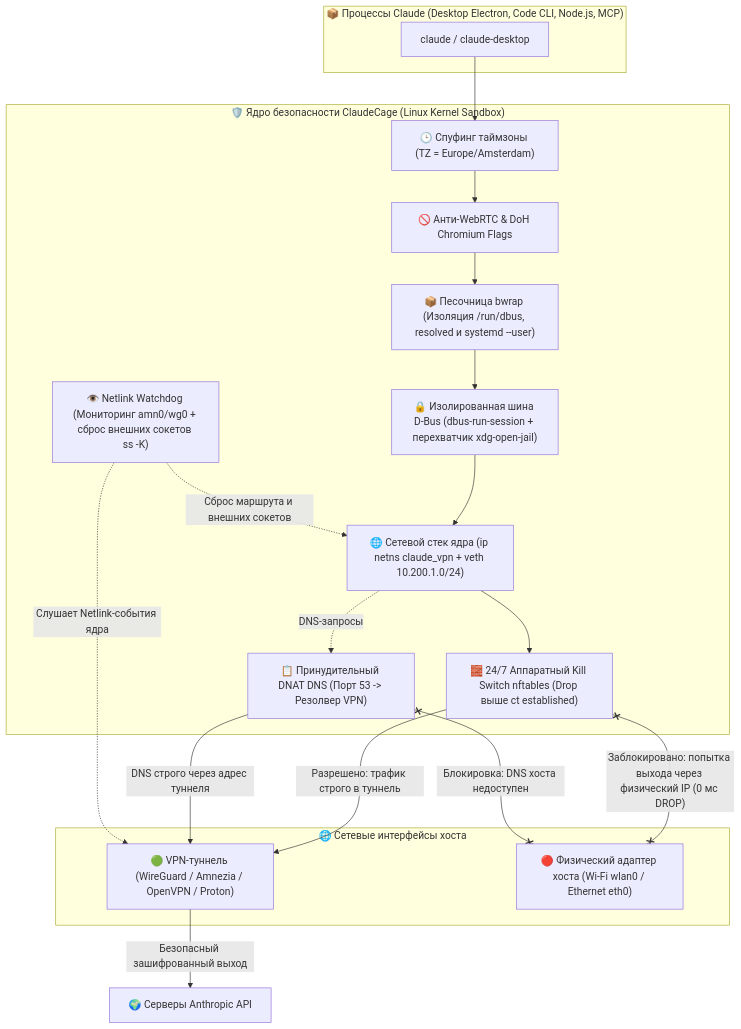
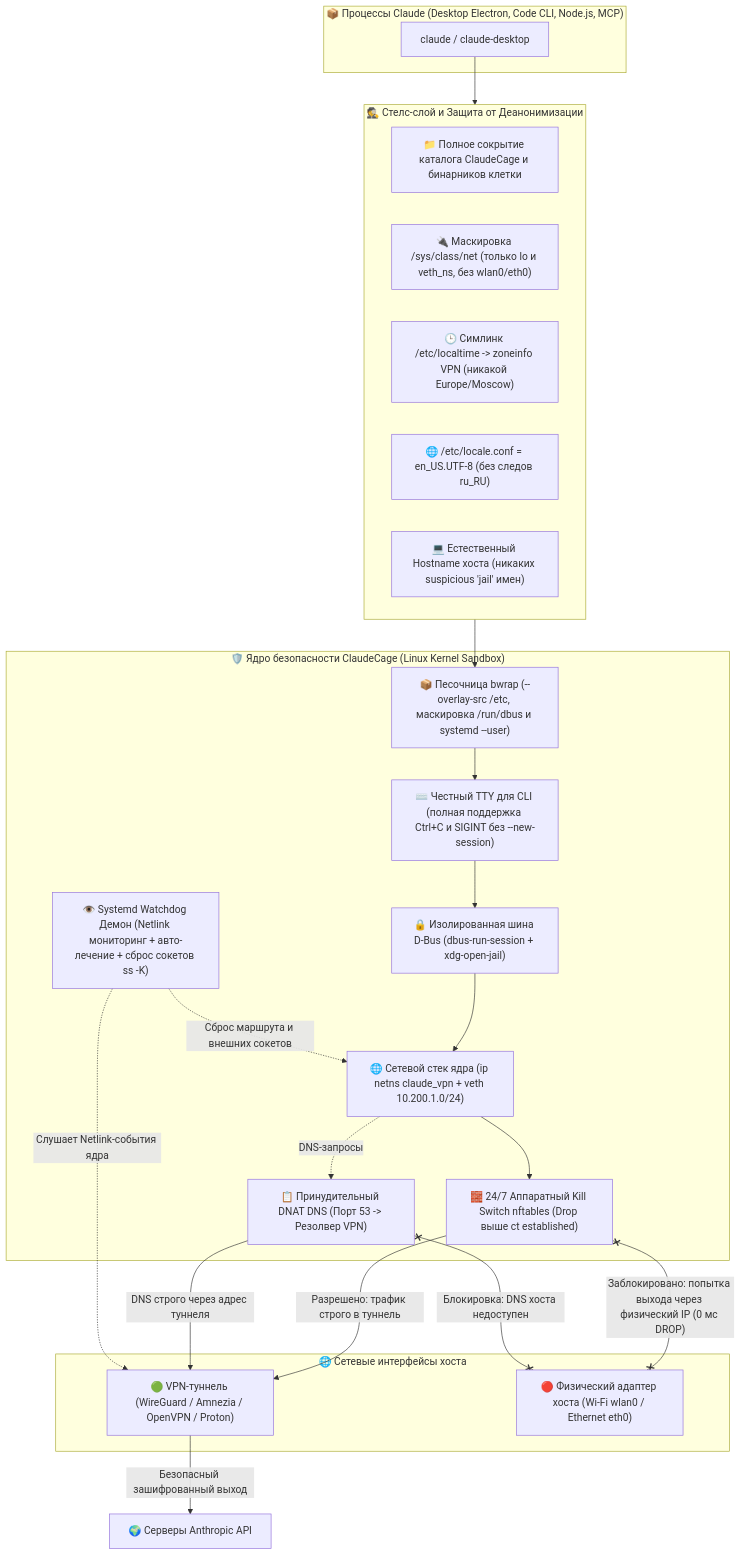
The diagram in README.md (NikitaLozinsky/ClaudeCage_Linux), drawn with Mermaid before and after one commit. The commit also changed other lines of this file and 14 other files, not shown here.

First line of the commit message:
feat(stealth): implement v3.0 cage concealment, anti-fraud geo spoofing, and systemd watchdog

````diff
--- a/README.md
+++ b/README.md
@@ -17,35 +17,42 @@
 ```mermaid
 flowchart TD
     subgraph App["📦 Процессы Claude (Desktop Electron, Code CLI, Node.js, MCP)"]
         CL["claude / claude-desktop"]
     end
 
+    subgraph Stealth["🕵️ Стелс-слой и Защита от Деанонимизации"]
+        HIDE["📁 Полное сокрытие каталога ClaudeCage и бинарников клетки"]
+        NET_HIDE["🔌 Маскировка /sys/class/net (только lo и veth_ns, без wlan0/eth0)"]
+        TZ_SPOOF["🕒 Симлинк /etc/localtime -> zoneinfo VPN (никакой Europe/Moscow)"]
+        LOC_SPOOF["🌐 /etc/locale.conf = en_US.UTF-8 (без следов ru_RU)"]
+        HOST_KEEP["💻 Естественный Hostname хоста (никаких suspicious 'jail' имен)"]
+    end
+
     subgraph Defense["🛡️ Ядро безопасности ClaudeCage (Linux Kernel Sandbox)"]
-        TZ["🕒 Спуфинг таймзоны (TZ = Europe/Amsterdam)"]
-        RTC["🚫 Анти-WebRTC & DoH Chromium Flags"]
-        BWRAP["📦 Песочница bwrap (Изоляция /run/dbus, resolved и systemd --user)"]
-        DBUS["🔒 Изолированная шина D-Bus (dbus-run-session + перехватчик xdg-open-jail)"]
+        BWRAP["📦 Песочница bwrap (--overlay-src /etc, маскировка /run/dbus и systemd --user)"]
+        TTY_FIX["⌨️ Честный TTY для CLI (полная поддержка Ctrl+C и SIGINT без --new-session)"]
+        DBUS["🔒 Изолированная шина D-Bus (dbus-run-session + xdg-open-jail)"]
         NETNS["🌐 Сетевой стек ядра (ip netns claude_vpn + veth 10.200.1.0/24)"]
         NFT["🧱 24/7 Аппаратный Kill Switch nftables (Drop выше ct established)"]
         DNAT["📋 Принудительный DNAT DNS (Порт 53 -> Резолвер VPN)"]
-        WD["👁️ Netlink Watchdog (Мониторинг amn0/wg0 + сброс внешних сокетов ss -K)"]
+        WD["👁️ Systemd Watchdog Демон (Netlink мониторинг + авто-лечение + сброс сокетов ss -K)"]
     end
 
     subgraph Net["🌐 Сетевые интерфейсы хоста"]
         VPN["🟢 VPN-туннель (WireGuard / Amnezia / OpenVPN / Proton)"]
         ETH["🔴 Физический адаптер хоста (Wi-Fi wlan0 / Ethernet eth0)"]
     end
 
-    CL --> TZ --> RTC --> BWRAP --> DBUS --> NETNS --> NFT
+    CL --> Stealth --> BWRAP --> TTY_FIX --> DBUS --> NETNS --> NFT
     NETNS -.->|"DNS-запросы"| DNAT
 
     NFT -->|"Разрешено: трафик строго в туннель"| VPN
     NFT x--x|"Заблокировано: попытка выхода через физический IP (0 мс DROP)"| ETH
     DNAT -->|"DNS строго через адрес туннеля"| VPN
     DNAT x--x|"Блокировка: DNS хоста недоступен"| ETH
 
     WD -.->|"Слушает Netlink-события ядра"| VPN
     WD -.->|"Сброс маршрута и внешних сокетов"| NETNS
 
     VPN -->|"Безопасный зашифрованный выход"| Internet["🌍 Серверы Anthropic API"]
 ```
````
